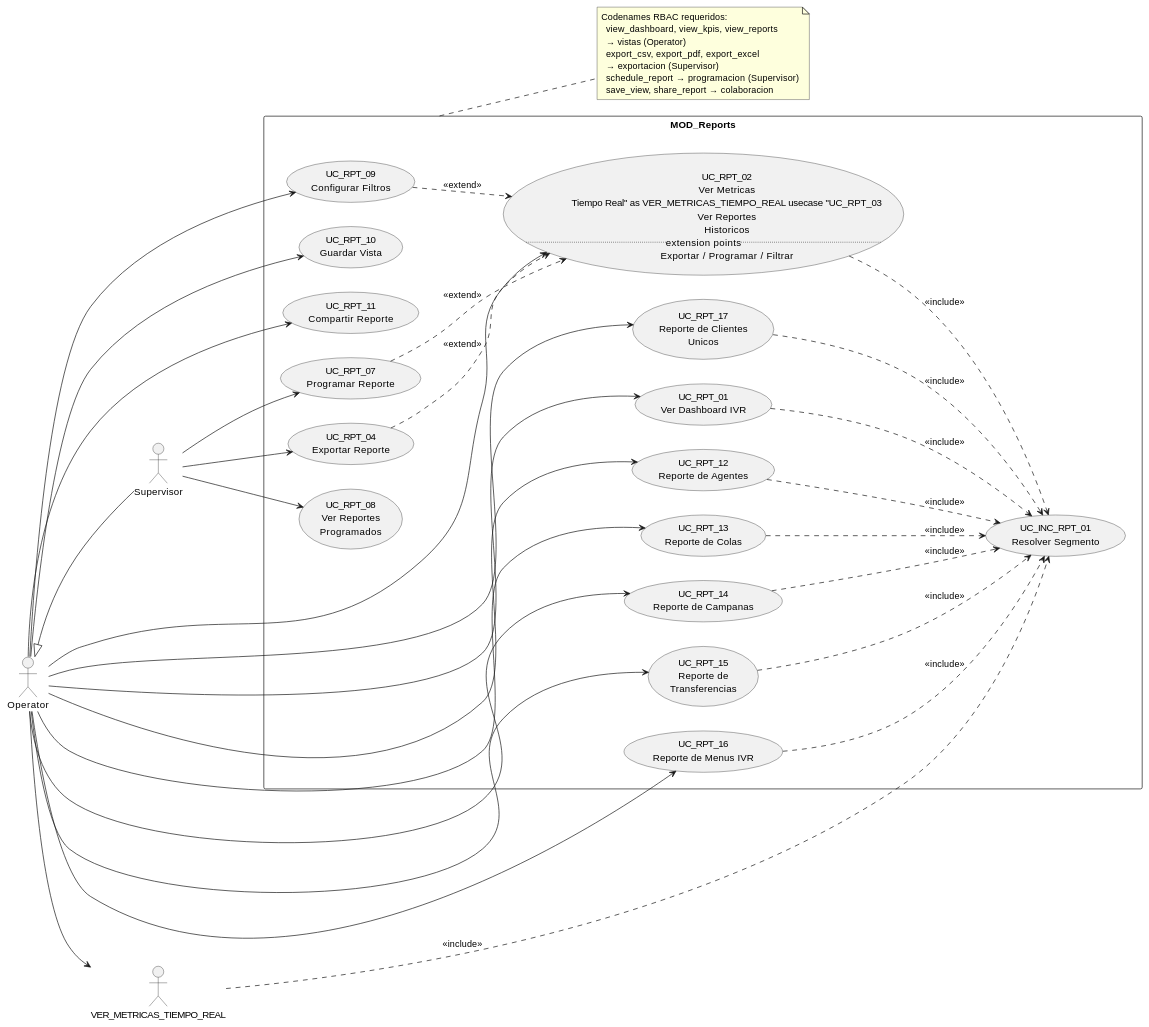
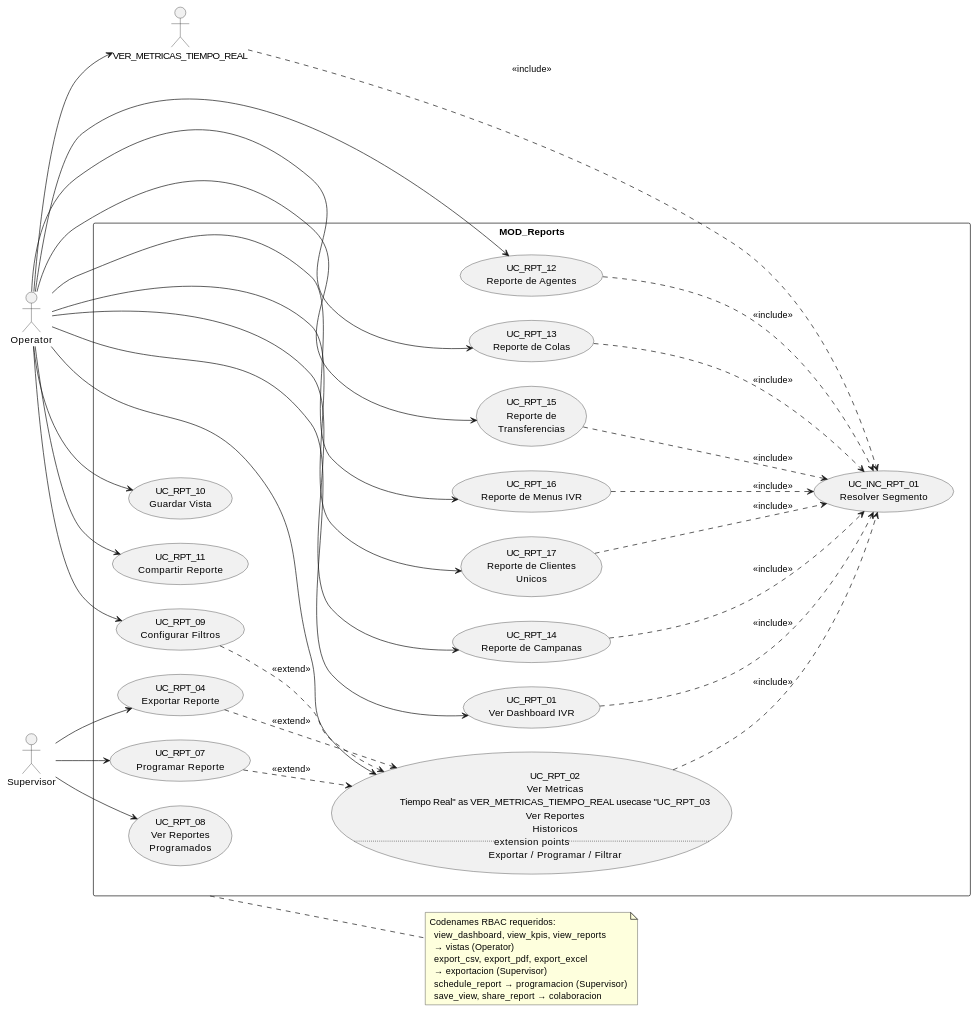
The diagram in source/arquitectura-tecnica/use-case-view/reports/index.rst (jcg-admin/IACT-docs), drawn with PlantUML before and after one commit. The commit also changed 22 other files, not shown here.

```diff
--- a/source/arquitectura-tecnica/use-case-view/reports/index.rst
+++ b/source/arquitectura-tecnica/use-case-view/reports/index.rst
@@ -24,72 +24,70 @@
 .. uml::
  :caption: MOD_Reports — actores canónicos (roles RBAC) y
            UCs operativos del módulo.
 
  @startuml
  left to right direction
 
  actor Operator
  actor Supervisor
-
- Operator <|-- Supervisor
 
  rectangle "MOD_Reports" {
    usecase "UC_INC_RPT_01\nResolver Segmento" as INC
    usecase "UC_RPT_01\nVer Dashboard IVR" as VER_DASHBOARD_IVR
    usecase "UC_RPT_02\nVer Metricas\nTiempo Real" as VER_METRICAS_TIEMPO_REAL   usecase "UC_RPT_03\nVer Reportes\nHistoricos\n.. extension points ..\nExportar / Programar / Filtrar" as VER_REPORTES_HISTORICOS
    usecase "UC_RPT_04\nExportar Reporte" as EXPORTAR_REPORTE
    usecase "UC_RPT_07\nProgramar Reporte" as PROGRAMAR_REPORTE
    usecase "UC_RPT_08\nVer Reportes\nProgramados" as VER_REPORTES_PROGRAMADOS
    usecase "UC_RPT_09\nConfigurar Filtros" as CONFIGURAR_FILTROS
    usecase "UC_RPT_10\nGuardar Vista" as GUARDAR_VISTA
    usecase "UC_RPT_11\nCompartir Reporte" as COMPARTIR_REPORTE
    usecase "UC_RPT_12\nReporte de Agentes" as REPORTE_AGENTES
    usecase "UC_RPT_13\nReporte de Colas" as REPORTE_COLAS
    usecase "UC_RPT_14\nReporte de Campanas" as REPORTE_CAMPANAS
    usecase "UC_RPT_15\nReporte de\nTransferencias" as REPORTE_TRANSFERENCIAS
    usecase "UC_RPT_16\nReporte de Menus IVR" as REPORTE_MENUS_IVR
    usecase "UC_RPT_17\nReporte de Clientes\nUnicos" as REPORTE_CLIENTES_UNICOS
  }
 
  Operator --> VER_DASHBOARD_IVR
  Operator --> VER_METRICAS_TIEMPO_REAL
  Operator --> VER_REPORTES_HISTORICOS
  Operator --> REPORTE_AGENTES
  Operator --> REPORTE_COLAS
  Operator --> REPORTE_CAMPANAS
  Operator --> REPORTE_TRANSFERENCIAS
  Operator --> REPORTE_MENUS_IVR
  Operator --> REPORTE_CLIENTES_UNICOS
  Operator --> GUARDAR_VISTA
  Operator --> COMPARTIR_REPORTE
  Operator --> CONFIGURAR_FILTROS
 
  Supervisor --> EXPORTAR_REPORTE
  Supervisor --> PROGRAMAR_REPORTE
  Supervisor --> VER_REPORTES_PROGRAMADOS
 
  VER_DASHBOARD_IVR ..> INC : <<include>>
  VER_METRICAS_TIEMPO_REAL ..> INC : <<include>>
  VER_REPORTES_HISTORICOS ..> INC : <<include>>
  REPORTE_AGENTES ..> INC : <<include>>
  REPORTE_COLAS ..> INC : <<include>>
  REPORTE_CAMPANAS ..> INC : <<include>>
  REPORTE_TRANSFERENCIAS ..> INC : <<include>>
  REPORTE_MENUS_IVR ..> INC : <<include>>
  REPORTE_CLIENTES_UNICOS ..> INC : <<include>>
 
  EXPORTAR_REPORTE ..> VER_REPORTES_HISTORICOS : <<extend>>
  PROGRAMAR_REPORTE ..> VER_REPORTES_HISTORICOS : <<extend>>
  CONFIGURAR_FILTROS ..> VER_REPORTES_HISTORICOS : <<extend>>
 
  note right of MOD_Reports
    Codenames RBAC requeridos:
      view_dashboard, view_kpis, view_reports
      → vistas (Operator)
      export_csv, export_pdf, export_excel
      → exportacion (Supervisor)
      schedule_report → programacion (Supervisor)
      save_view, share_report → colaboracion
  end note
 
  @enduml
```
